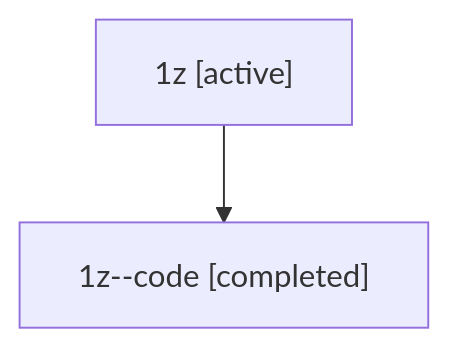
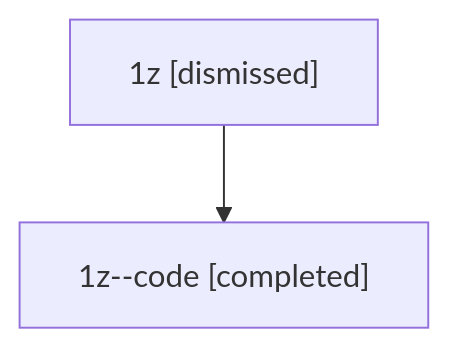
One commit to bobs-org/bob-cli--agents changed the diagram in sessions/bbugyi200.athena.1z.md. Above: the diagram before and after it, drawn with Mermaid. The commit also changed other lines of this file and 14 other files, not shown here.

````diff
--- a/sessions/bbugyi200.athena.1z.md
+++ b/sessions/bbugyi200.athena.1z.md
@@ -9,6 +9,6 @@
 ```mermaid
 flowchart TD
-  n0["1z [active]"]
+  n0["1z [dismissed]"]
   n1["1z--code [completed]"]
   n0 --> n1
 ```
````
